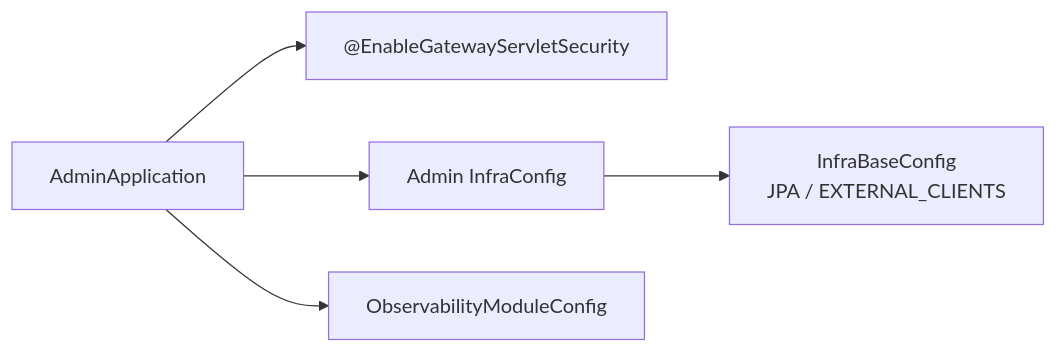
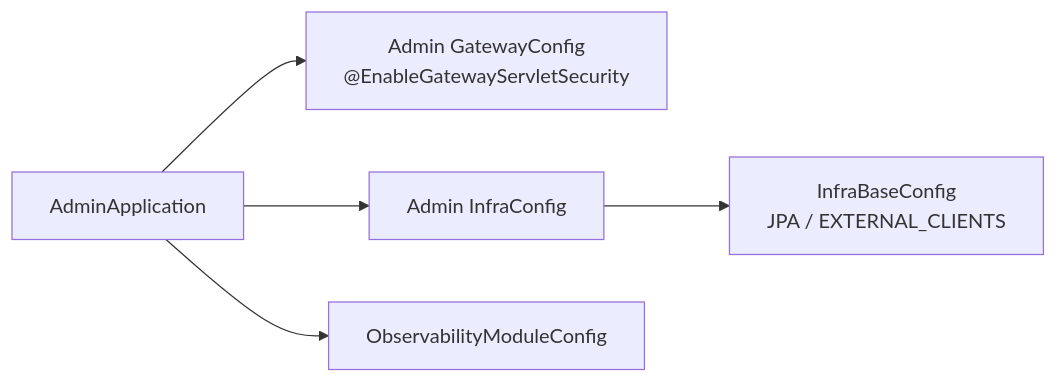
One commit to TEAM-BEAT/BEAT-SERVER changed the second of 6 diagrams in admin/README.md. Above: the diagram before and after it, drawn with Mermaid. The commit also changed other lines of this file and 26 other files, not shown here.

````diff
--- a/admin/README.md
+++ b/admin/README.md
@@ -122,13 +122,13 @@
 ```mermaid
 flowchart LR
     AdminApplication[AdminApplication]
-    EnableGatewayConfig["@EnableGatewayServletSecurity"]
+    GatewayConfig[Admin GatewayConfig<br/>@EnableGatewayServletSecurity]
     InfraConfig[Admin InfraConfig]
     InfraBase[InfraBaseConfig<br/>JPA / EXTERNAL_CLIENTS]
     ObservabilityModuleConfig[ObservabilityModuleConfig]
 
-    AdminApplication --> EnableGatewayConfig
+    AdminApplication --> GatewayConfig
     AdminApplication --> InfraConfig
     AdminApplication --> ObservabilityModuleConfig
     InfraConfig --> InfraBase
 ```
````
